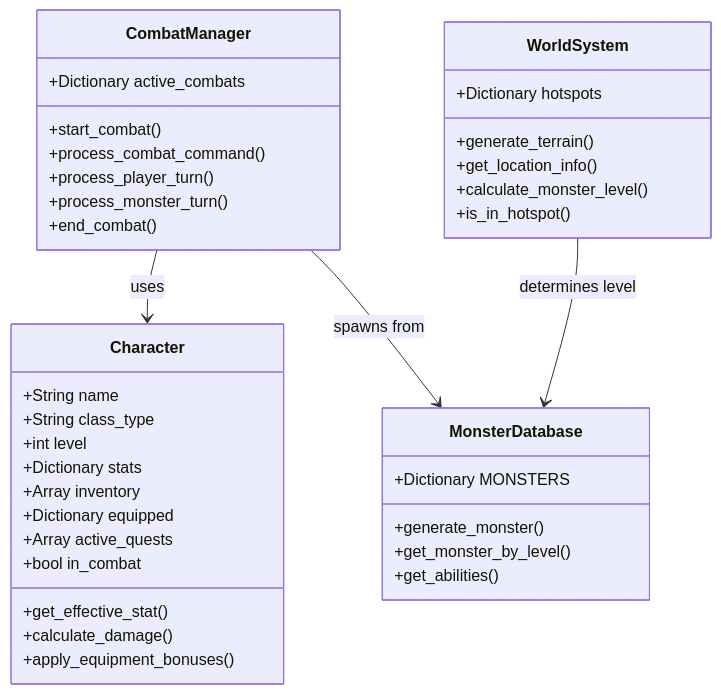
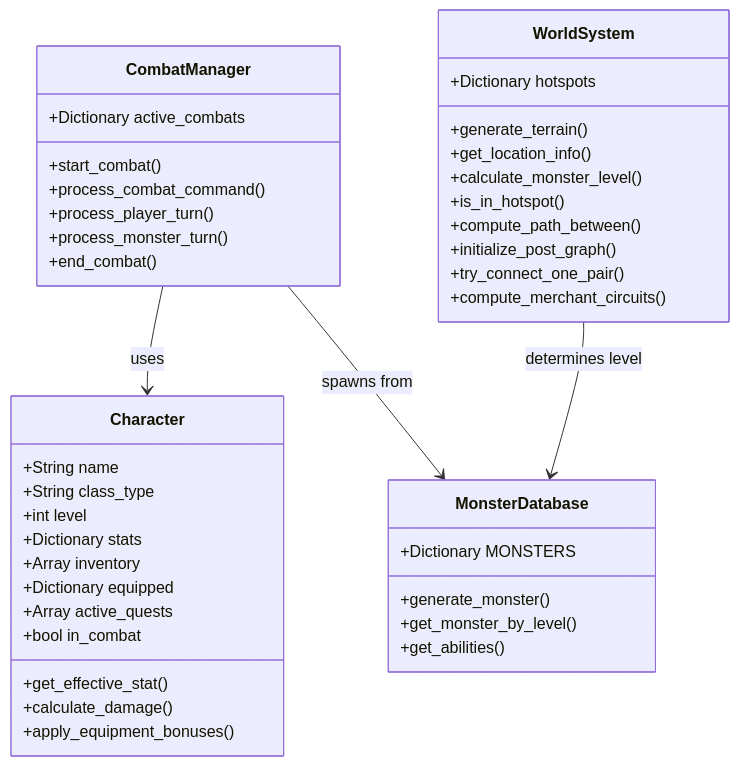
One commit to Dextobust33/Phantom-Badlands changed the third of 3 diagrams in docs/architecture.md. Above: the diagram before and after it, drawn with Mermaid. The commit also changed other lines of this file and 9 other files, not shown here.

````diff
--- a/docs/architecture.md
+++ b/docs/architecture.md
@@ -109,44 +109,48 @@
 ```mermaid
 classDiagram
     class Character {
         +String name
         +String class_type
         +int level
         +Dictionary stats
         +Array inventory
         +Dictionary equipped
         +Array active_quests
         +bool in_combat
         +get_effective_stat()
         +calculate_damage()
         +apply_equipment_bonuses()
     }
 
     class CombatManager {
         +Dictionary active_combats
         +start_combat()
         +process_combat_command()
         +process_player_turn()
         +process_monster_turn()
         +end_combat()
     }
 
     class WorldSystem {
         +Dictionary hotspots
         +generate_terrain()
         +get_location_info()
         +calculate_monster_level()
         +is_in_hotspot()
+        +compute_path_between()
+        +initialize_post_graph()
+        +try_connect_one_pair()
+        +compute_merchant_circuits()
     }
 
     class MonsterDatabase {
         +Dictionary MONSTERS
         +generate_monster()
         +get_monster_by_level()
         +get_abilities()
     }
 
     CombatManager --> Character : uses
     CombatManager --> MonsterDatabase : spawns from
     WorldSystem --> MonsterDatabase : determines level
 ```
````
